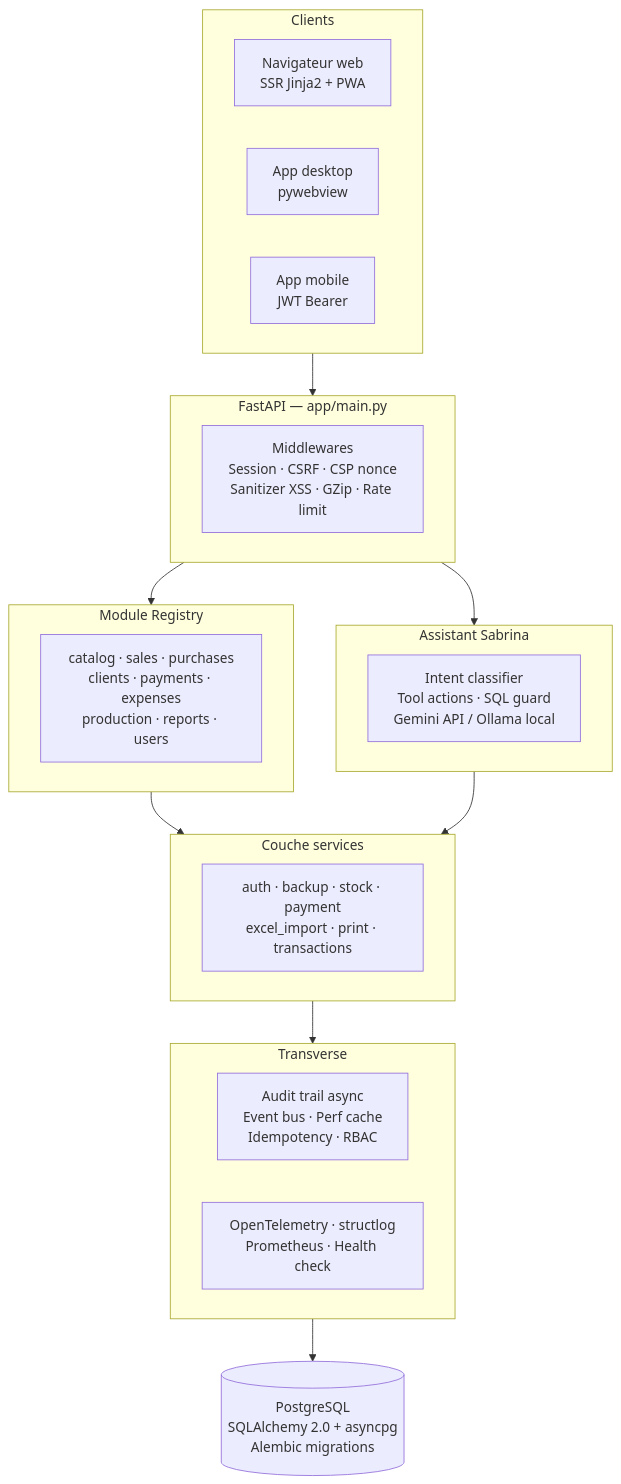
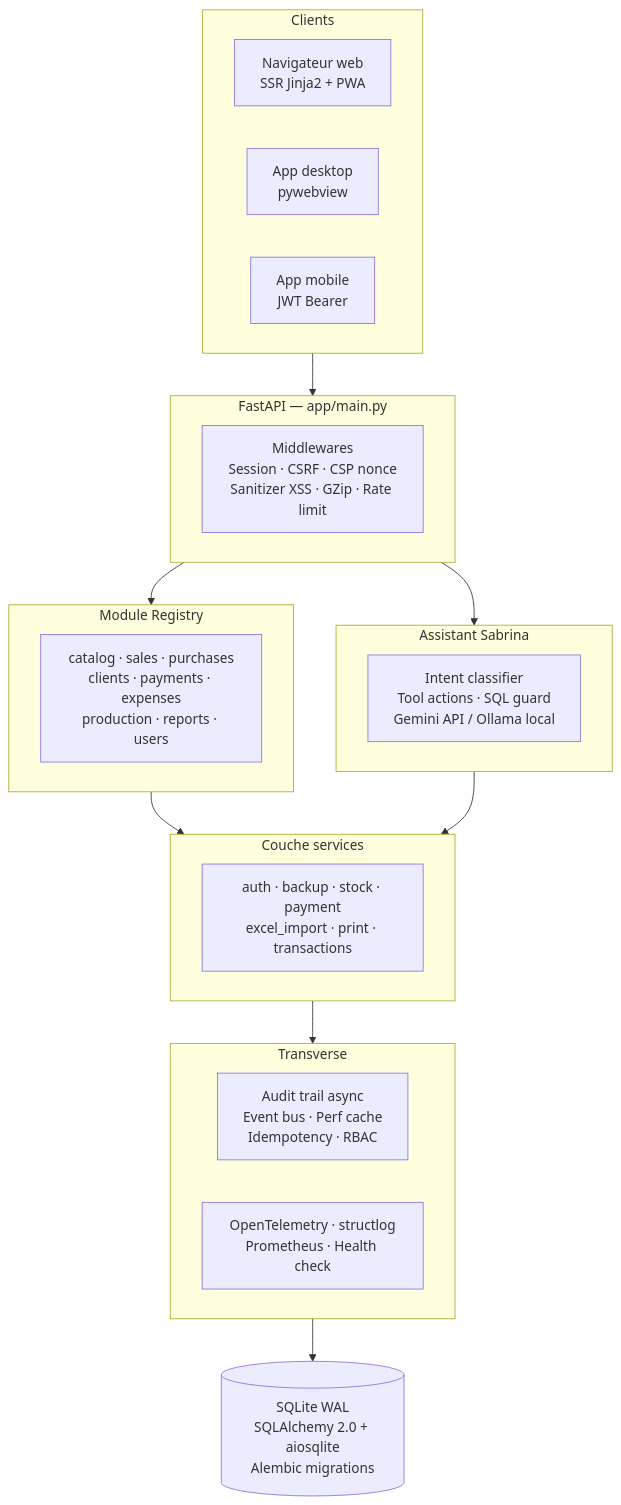
Before and after one commit to ouanesfab-alt/FABouanes: the diagram in README.md, drawn with Mermaid. The commit also changed other lines of this file and 107 other files, not shown here.

Commit message:
refactor: apply 18-point database, backend & architecture improvements (v2.0.5)

````diff
--- a/README.md
+++ b/README.md
@@ -51,39 +51,39 @@
 ```mermaid
 flowchart TB
     subgraph Client["Clients"]
         WEB["Navigateur web<br/>SSR Jinja2 + PWA"]
         DESKTOP["App desktop<br/>pywebview"]
         MOBILE["App mobile<br/>JWT Bearer"]
     end
 
     subgraph Core["FastAPI — app/main.py"]
         MW["Middlewares<br/>Session · CSRF · CSP nonce<br/>Sanitizer XSS · GZip · Rate limit"]
     end
 
     subgraph Registry["Module Registry"]
         MODULES["catalog · sales · purchases<br/>clients · payments · expenses<br/>production · reports · users"]
     end
 
     subgraph Assistant["Assistant Sabrina"]
         AI["Intent classifier<br/>Tool actions · SQL guard<br/>Gemini API / Ollama local"]
     end
 
     subgraph Services["Couche services"]
         SVC["auth · backup · stock · payment<br/>excel_import · print · transactions"]
     end
 
     subgraph Cross["Transverse"]
         AUDIT["Audit trail async<br/>Event bus · Perf cache<br/>Idempotency · RBAC"]
         OBS["OpenTelemetry · structlog<br/>Prometheus · Health check"]
     end
 
-    DB[("PostgreSQL<br/>SQLAlchemy 2.0 + asyncpg<br/>Alembic migrations")]
+    DB[("SQLite WAL<br/>SQLAlchemy 2.0 + aiosqlite<br/>Alembic migrations")]
 
     Client --> Core
     Core --> Registry
     Core --> Assistant
     Registry --> Services
     Assistant --> Services
     Services --> Cross
     Cross --> DB
 ```
````
